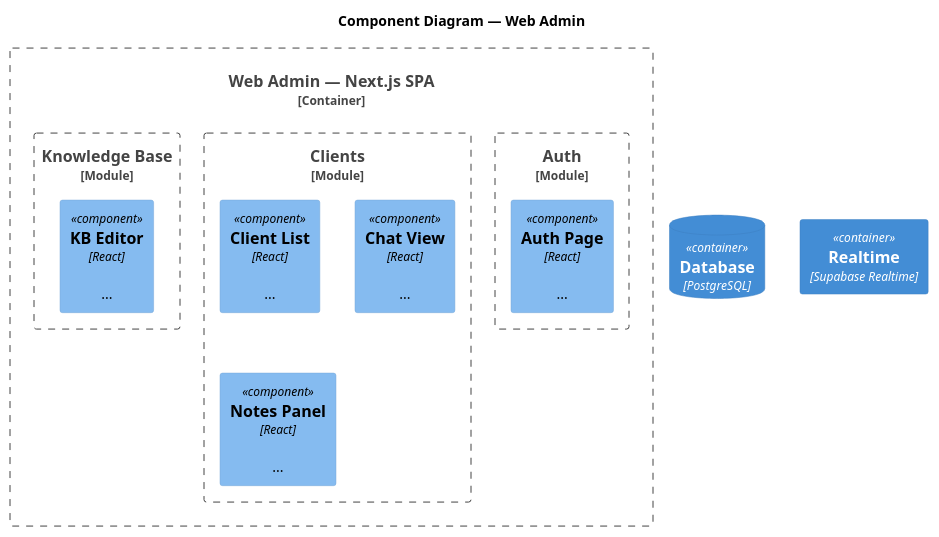
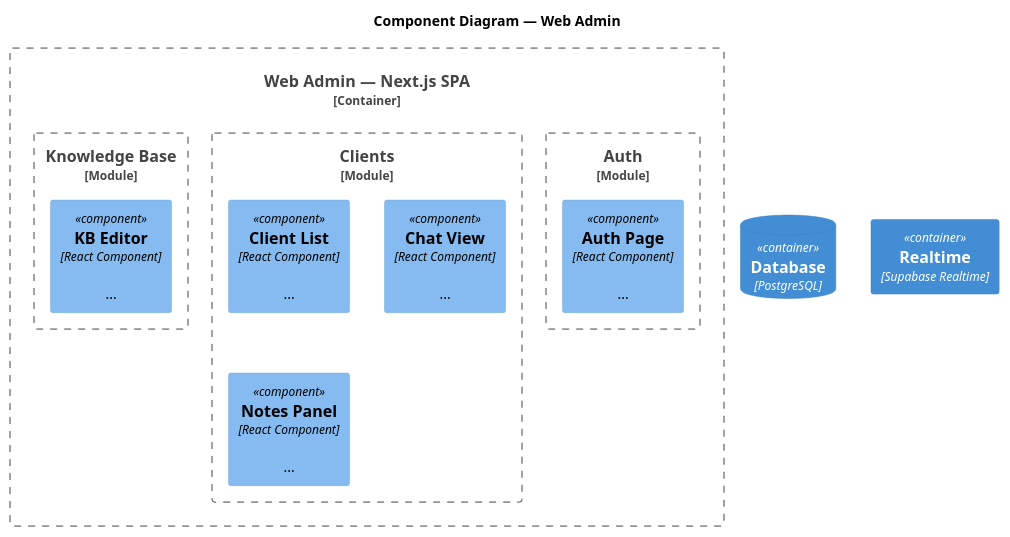
The fourth of 5 diagrams in skills/in-arch-c4-diagrams/SKILL.md (it-incubator/skills-and-agents), drawn with PlantUML before and after one commit. The commit also changed other lines of this file, not shown here.

First line of the commit message:
docs(skills): mandate explicit technology labels in C4 container/component diagrams

````diff
--- a/skills/in-arch-c4-diagrams/SKILL.md
+++ b/skills/in-arch-c4-diagrams/SKILL.md
@@ -132,27 +132,27 @@
 ```plantuml
 @startuml C4_Component_WebAdmin
 !include https://raw.githubusercontent.com/plantuml-stdlib/C4-PlantUML/master/C4_Component.puml
 
 title Component Diagram — Web Admin
 
 ContainerDb(db, "Database", "PostgreSQL")
 Container(realtime, "Realtime", "Supabase Realtime")
 
 Container_Boundary(admin, "Web Admin — Next.js SPA") {
     Boundary(auth_mod, "Auth", "Module") {
-        Component(auth_page, "Auth Page", "React", "...")
+        Component(auth_page, "Auth Page", "React Component", "...")
     }
 
     Boundary(clients_mod, "Clients", "Module") {
-        Component(client_list, "Client List", "React", "...")
-        Component(chat_view, "Chat View", "React", "...")
-        Component(notes_panel, "Notes Panel", "React", "...")
+        Component(client_list, "Client List", "React Component", "...")
+        Component(chat_view, "Chat View", "React Component", "...")
+        Component(notes_panel, "Notes Panel", "React Component", "...")
     }
 
     Boundary(kb_mod, "Knowledge Base", "Module") {
-        Component(kb_editor, "KB Editor", "React", "...")
+        Component(kb_editor, "KB Editor", "React Component", "...")
     }
 }
 
 @enduml
 ```
````
